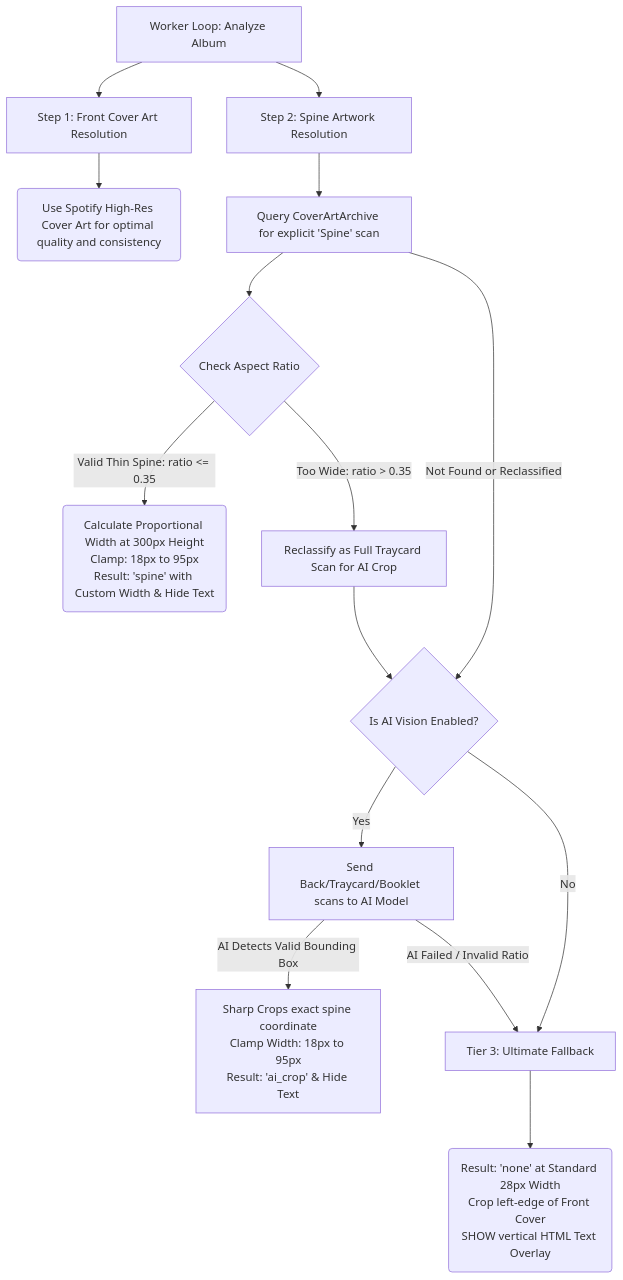
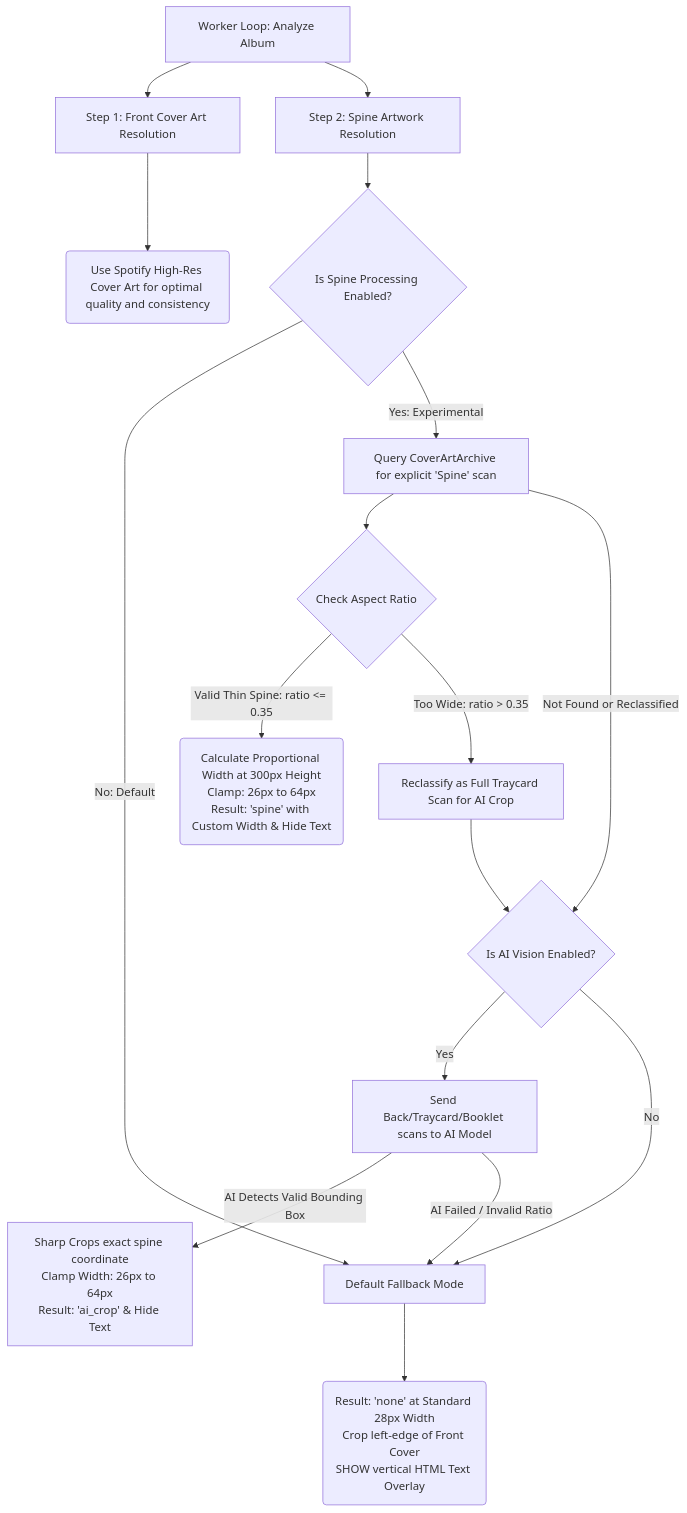
The diagram in README.md (Adman1020/CD-Music-Display), drawn with Mermaid before and after one commit. The commit also changed other lines of this file, not shown here.

Commit message:
Update docs: add experimental spine toggle details, 26-64px jewel case width limits, and AI model quotas

````diff
--- a/README.md
+++ b/README.md
@@ -65,23 +65,25 @@
 ```mermaid
 graph TD
     A[Worker Loop: Analyze Album] --> B[Step 1: Front Cover Art Resolution]
     A --> C[Step 2: Spine Artwork Resolution]
     
     %% Front Cover Workflow
     B --> B1(Use Spotify High-Res Cover Art for optimal quality and consistency)
     
     %% Spine Workflow
-    C --> C1[Query CoverArtArchive for explicit 'Spine' scan]
+    C --> C0{Is Spine Processing Enabled?}
+    C0 -->|No: Default| C8[Default Fallback Mode]
+    C0 -->|Yes: Experimental| C1[Query CoverArtArchive for explicit 'Spine' scan]
     C1 --> C2{Check Aspect Ratio}
-    C2 -->|Valid Thin Spine: ratio <= 0.35| C3(Calculate Proportional Width at 300px Height<br/>Clamp: 18px to 95px<br/>Result: 'spine' with Custom Width & Hide Text)
+    C2 -->|Valid Thin Spine: ratio <= 0.35| C3(Calculate Proportional Width at 300px Height<br/>Clamp: 26px to 64px<br/>Result: 'spine' with Custom Width & Hide Text)
     C2 -->|Too Wide: ratio > 0.35| C4[Reclassify as Full Traycard Scan for AI Crop]
     
     C1 -->|Not Found or Reclassified| C5{Is AI Vision Enabled?}
     C4 --> C5
     C5 -->|Yes| C6[Send Back/Traycard/Booklet scans to AI Model]
-    C6 -->|AI Detects Valid Bounding Box| C7[Sharp Crops exact spine coordinate<br/>Clamp Width: 18px to 95px<br/>Result: 'ai_crop' & Hide Text]
+    C6 -->|AI Detects Valid Bounding Box| C7[Sharp Crops exact spine coordinate<br/>Clamp Width: 26px to 64px<br/>Result: 'ai_crop' & Hide Text]
     
-    C6 -->|AI Failed / Invalid Ratio| C8[Tier 3: Ultimate Fallback]
+    C6 -->|AI Failed / Invalid Ratio| C8
     C5 -->|No| C8
     C8 --> C9(Result: 'none' at Standard 28px Width<br/>Crop left-edge of Front Cover<br/>SHOW vertical HTML Text Overlay)
 ```
````
